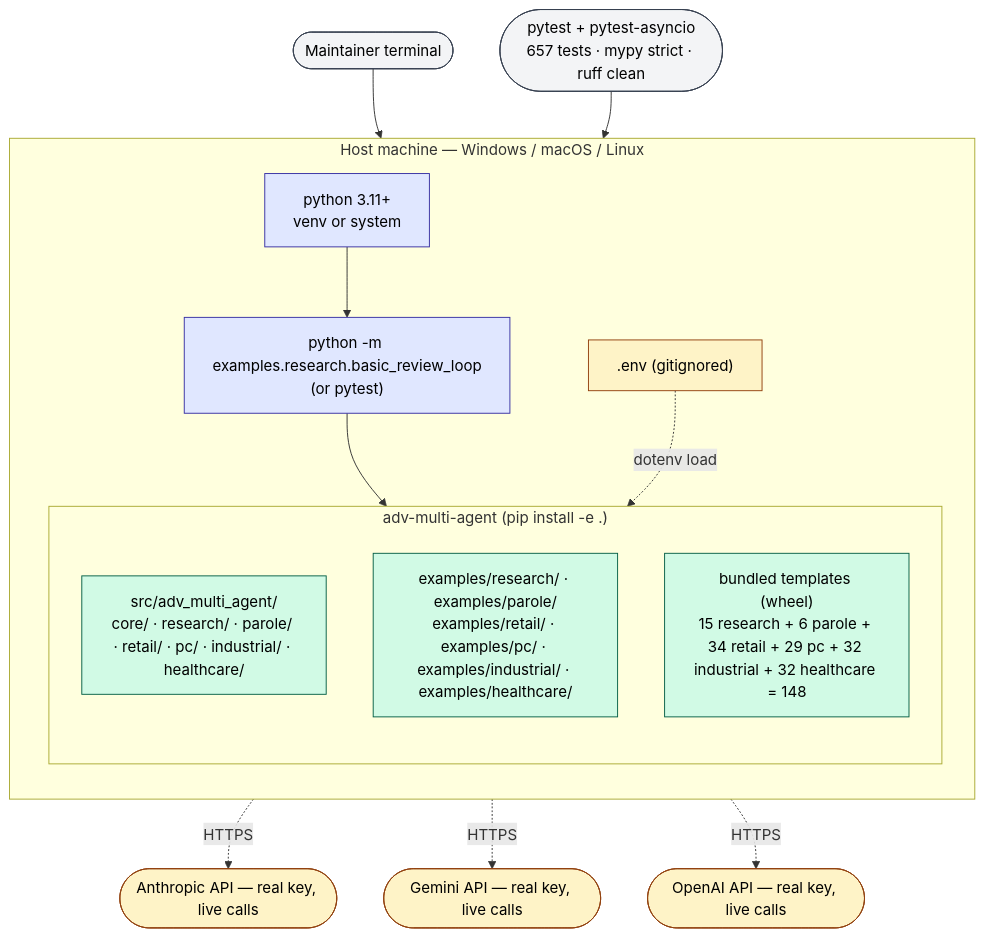
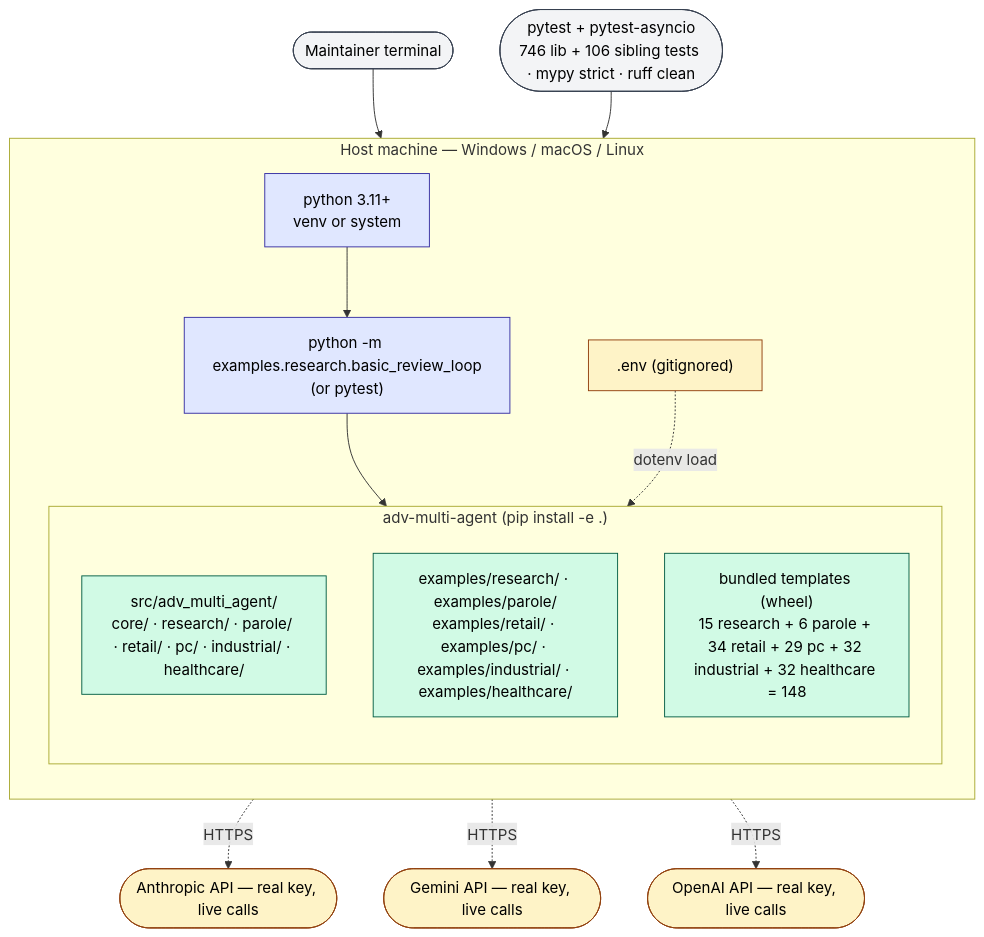
Before and after one commit to gmanch94/adversarial-multi-agent-lib: the second of 2 diagrams in docs/deployment-architecture.md, drawn with Mermaid. The commit also changed other lines of this file and 5 other files, not shown here.

````diff
--- a/docs/deployment-architecture.md
+++ b/docs/deployment-architecture.md
@@ -135,37 +135,37 @@
 ```mermaid
 flowchart TB
     classDef proc fill:#e0e7ff,stroke:#3730a3,color:#000
     classDef lib fill:#d1fae5,stroke:#065f46,color:#000
     classDef ext fill:#fef3c7,stroke:#92400e,color:#000
     classDef user fill:#f3f4f6,stroke:#374151,color:#000
 
     Dev(["Maintainer terminal"]):::user
-    Pyt(["pytest + pytest-asyncio<br/>657 tests · mypy strict · ruff clean"]):::user
+    Pyt(["pytest + pytest-asyncio<br/>746 lib + 106 sibling tests · mypy strict · ruff clean"]):::user
 
     subgraph Host["Host machine — Windows / macOS / Linux"]
         direction TB
         Py["python 3.11+<br/>venv or system"]:::proc
         EnvLocal[".env (gitignored)"]:::ext
         Example["python -m examples.research.basic_review_loop<br/>(or pytest)"]:::proc
 
         subgraph Pkg["adv-multi-agent (pip install -e .)"]
             direction TB
             Src["src/adv_multi_agent/<br/>core/ · research/ · parole/ · retail/ · pc/ · industrial/ · healthcare/"]:::lib
             Examples["examples/research/ · examples/parole/<br/>examples/retail/ · examples/pc/ · examples/industrial/ · examples/healthcare/"]:::lib
             SkillsDir["bundled templates (wheel)<br/>15 research + 6 parole + 34 retail + 29 pc + 32 industrial + 32 healthcare = 148"]:::lib
         end
     end
 
     Anthro(["Anthropic API — real key, live calls"]):::ext
     GeminiDev(["Gemini API — real key, live calls"]):::ext
     OAI(["OpenAI API — real key, live calls"]):::ext
 
     Dev --> Py
     Pyt --> Py
     Py --> Example
     Example --> Src
     EnvLocal -. dotenv load .-> Src
     Src -. HTTPS .-> Anthro
     Src -. HTTPS .-> GeminiDev
     Src -. HTTPS .-> OAI
 ```
````
